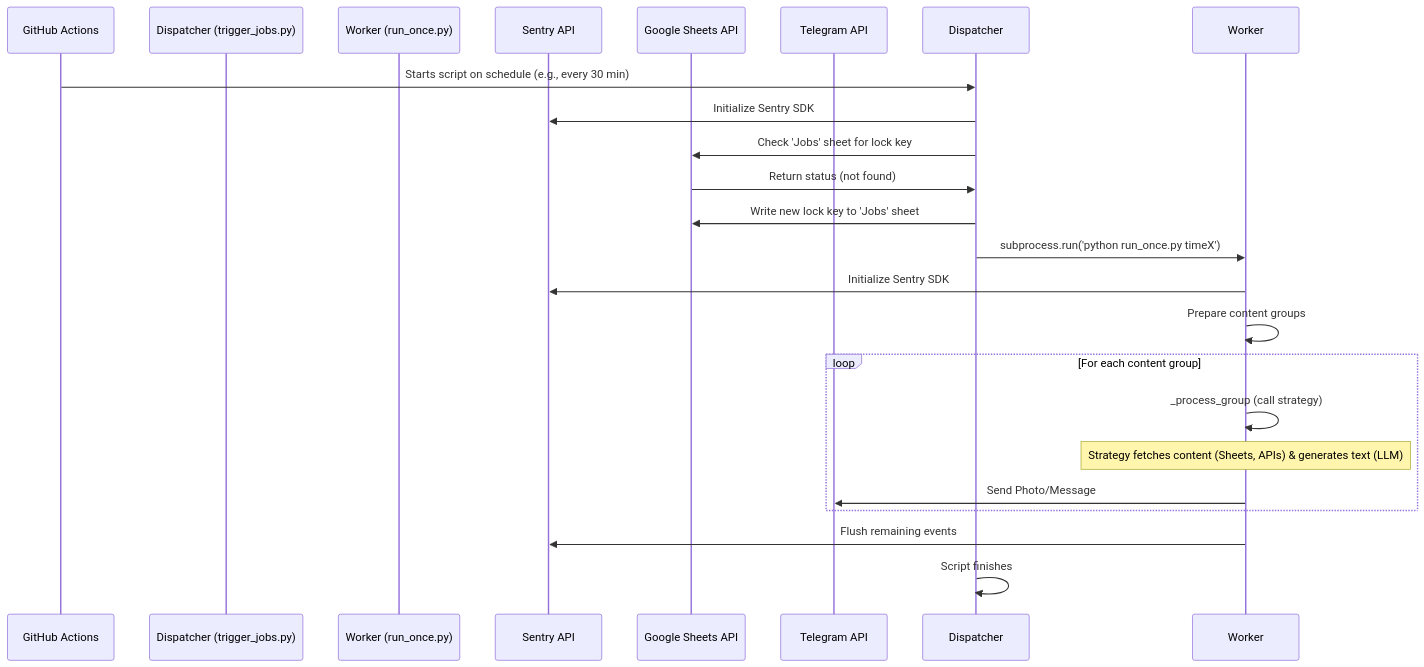
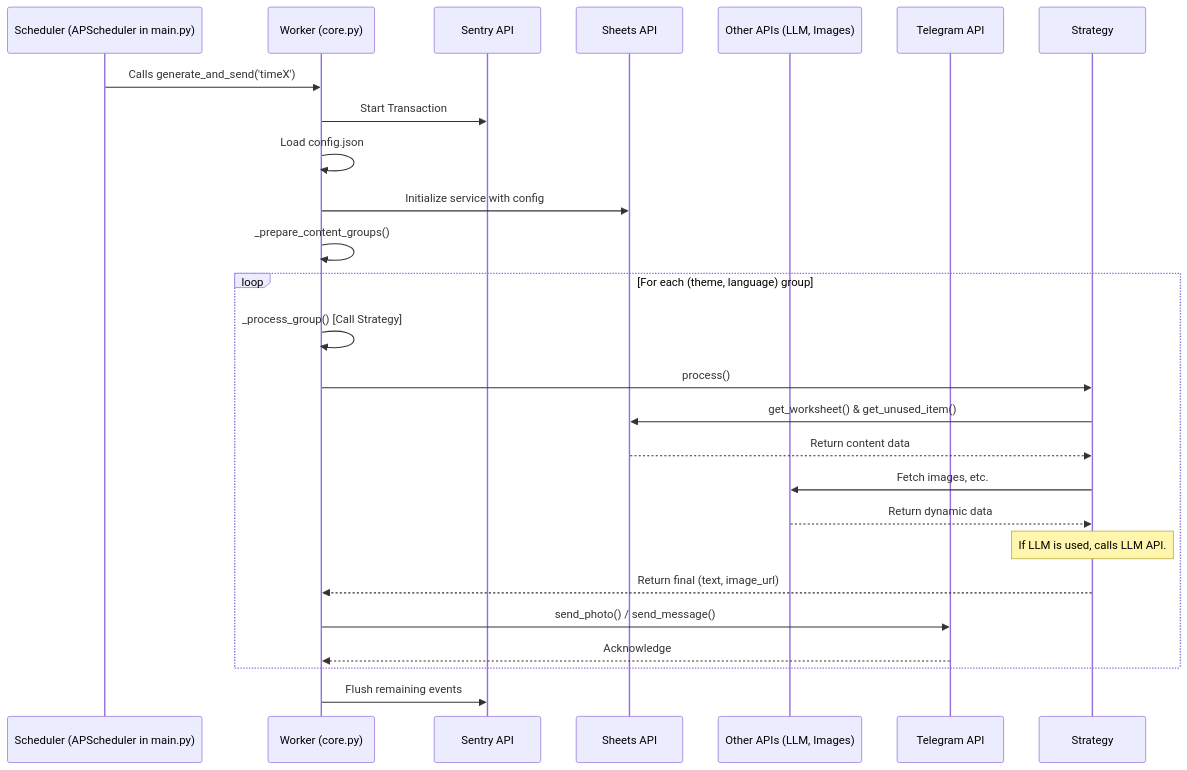
One commit to OpenXFlow/PulserBot changed the fourth of 4 diagrams in docs/assets/bot_flow.md. Above: the diagram before and after it, drawn with Mermaid. The commit also changed other lines of this file and 113 other files, not shown here.

First line of the commit message:
feat(architecture): Major refactor to Handler architecture and add new features

````diff
--- a/docs/assets/bot_flow.md
+++ b/docs/assets/bot_flow.md
@@ -133,29 +125,34 @@
 ```mermaid
 sequenceDiagram
-    participant GitHub Actions
-    participant Dispatcher (trigger_jobs.py)
-    participant Worker (run_once.py)
-    participant Sentry API
-    participant Google Sheets API
-    participant Telegram API
+    participant Scheduler as Scheduler (APScheduler in main.py)
+    participant Worker as Worker (core.py)
+    participant Sentry as Sentry API
+    participant Sheets as Sheets API
+    participant Other as Other APIs (LLM, Images)
+    participant Telegram as Telegram API
+    participant Strategy
 
-    GitHub Actions->>Dispatcher: Starts script on schedule (e.g., every 30 min)
-    Dispatcher->>Sentry API: Initialize Sentry SDK
-    Dispatcher->>Google Sheets API: Check 'Jobs' sheet for lock key
-    Google Sheets API->>Dispatcher: Return status (not found)
+    Scheduler->>Worker: Calls generate_and_send('timeX')
     
-    Dispatcher->>Google Sheets API: Write new lock key to 'Jobs' sheet
-    Dispatcher->>Worker: subprocess.run('python run_once.py timeX')
+    Worker->>Sentry: Start Transaction
+    Worker->>Worker: Load config.json
+    Worker->>Sheets: Initialize service with config
+    Worker->>Worker: _prepare_content_groups()
     
-    Worker->>Sentry API: Initialize Sentry SDK
-    Worker->>Worker: Prepare content groups
-    
-    loop For each content group
-        Worker->>Worker: _process_group (call strategy)
-        Note over Worker: Strategy fetches content (Sheets, APIs) & generates text (LLM)
-        Worker->>Telegram API: Send Photo/Message
+    loop For each (theme, language) group
+        Worker->>Worker: _process_group() [Call Strategy]
+        
+        Worker->>Strategy: process()
+        Strategy->>Sheets: get_worksheet() & get_unused_item()
+        Sheets-->>Strategy: Return content data
+        Strategy->>Other: Fetch images, etc.
+        Other-->>Strategy: Return dynamic data
+        Note over Strategy: If LLM is used, calls LLM API.
+        Strategy-->>Worker: Return final (text, image_url)
+        
+        Worker->>Telegram: send_photo() / send_message()
+        Telegram-->>Worker: Acknowledge
     end
     
-    Worker->>Sentry API: Flush remaining events
-    Dispatcher->>Dispatcher: Script finishes
+    Worker->>Sentry: Flush remaining events
 ```
````
